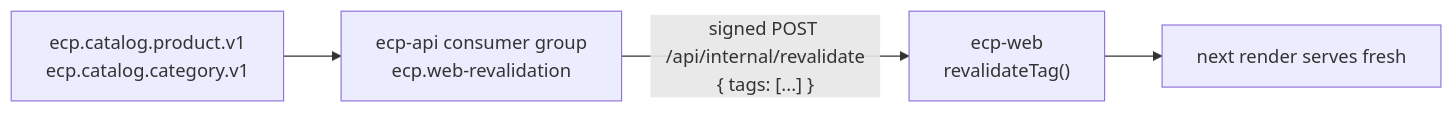
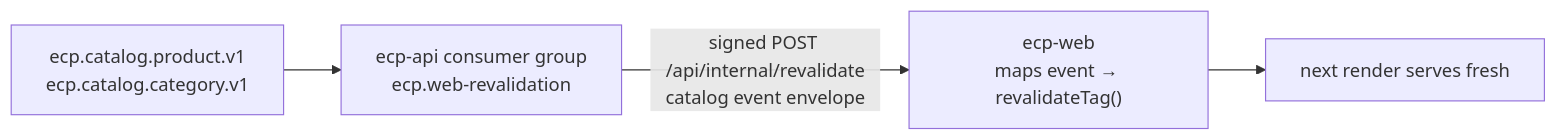
The diagram in SA-docs/03-frontend/Data Fetching.md (phuchoang-ecommerce-org/docs), drawn with Mermaid before and after one commit. The commit also changed other lines of this file and 19 other files, not shown here.

````diff
--- a/SA-docs/03-frontend/Data Fetching.md
+++ b/SA-docs/03-frontend/Data Fetching.md
@@ -160,6 +160,6 @@
 ```mermaid
 flowchart LR
     K["ecp.catalog.product.v1<br/>ecp.catalog.category.v1"] --> C["ecp-api consumer group<br/>ecp.web-revalidation"]
-    C -->|"signed POST /api/internal/revalidate<br/>{ tags: [...] }"| W["ecp-web<br/>revalidateTag()"]
+    C -->|"signed POST /api/internal/revalidate<br/>catalog event envelope"| W["ecp-web<br/>maps event → revalidateTag()"]
     W --> R["next render serves fresh"]
 ```
````
